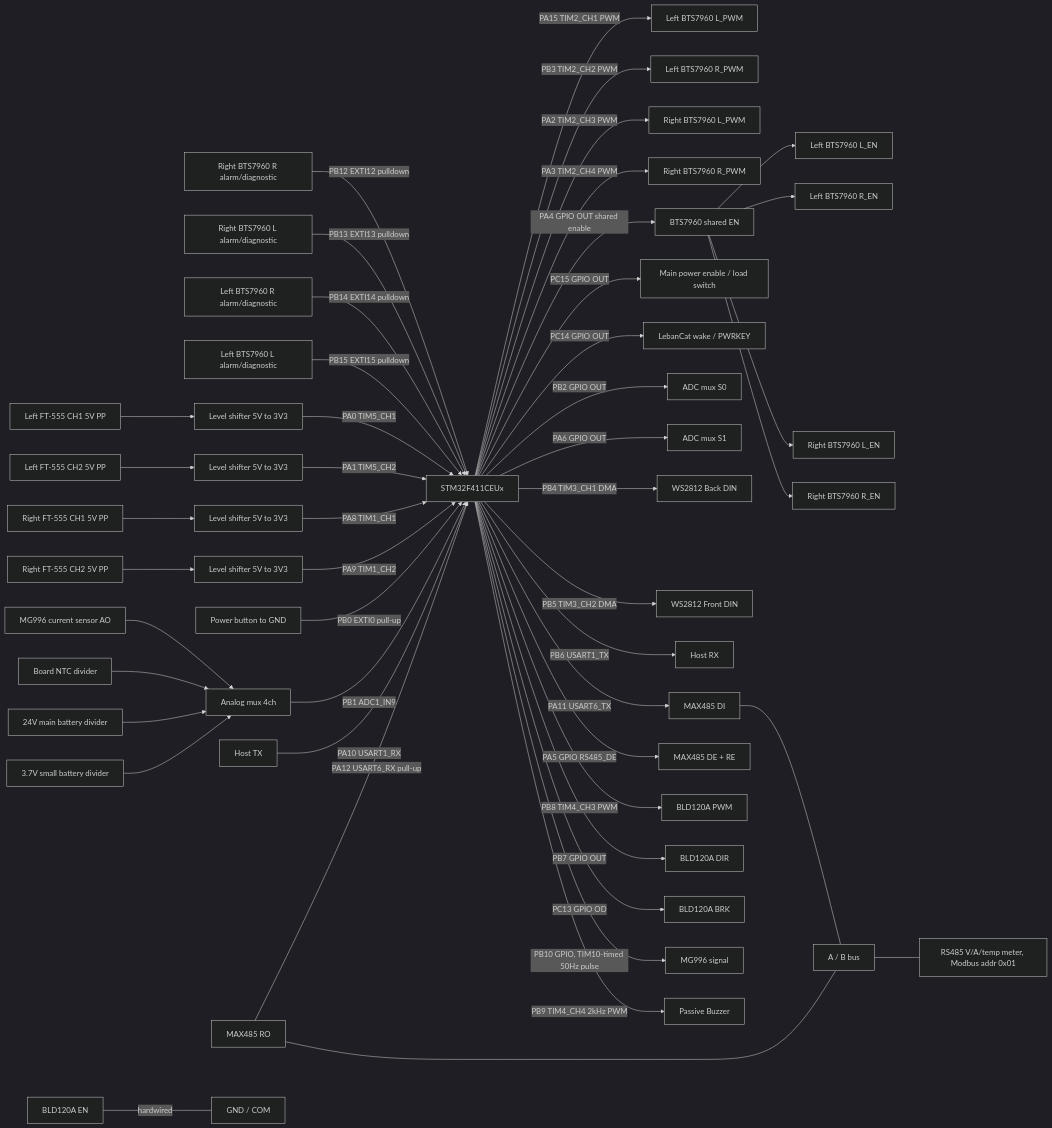
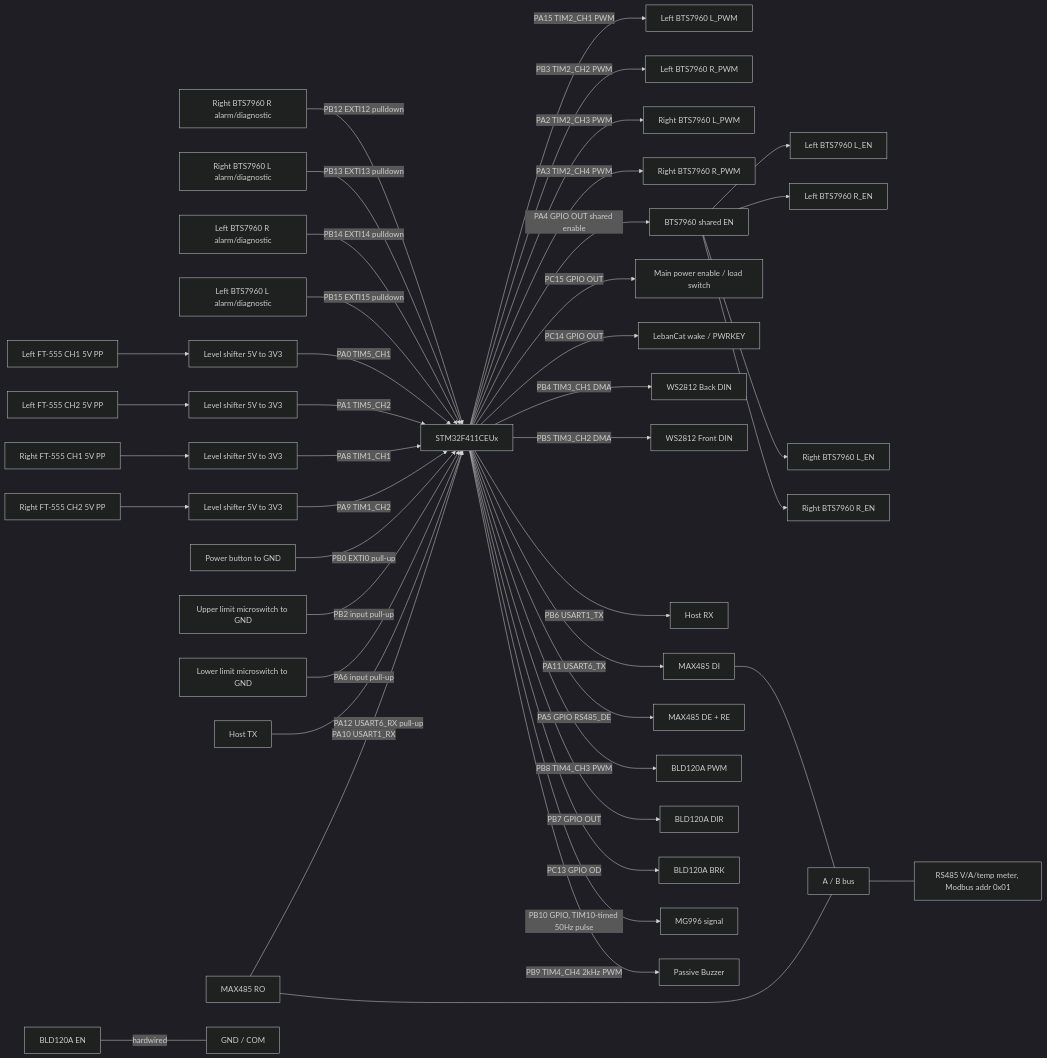
The diagram in firmware/wire.md (edwards414/mower_path_planning), drawn with Mermaid (dark theme) before and after one commit. The commit also changed other lines of this file and 36 other files, not shown here.

````diff
--- a/firmware/wire.md
+++ b/firmware/wire.md
@@ -57,61 +55,56 @@
 ```mermaid
 flowchart LR
   STM32[STM32F411CEUx]
 
   STM32 -->|PA15 TIM2_CH1 PWM| L_BTS_LPWM[Left BTS7960 L_PWM]
   STM32 -->|PB3 TIM2_CH2 PWM| L_BTS_RPWM[Left BTS7960 R_PWM]
   STM32 -->|PA2 TIM2_CH3 PWM| R_BTS_LPWM[Right BTS7960 L_PWM]
   STM32 -->|PA3 TIM2_CH4 PWM| R_BTS_RPWM[Right BTS7960 R_PWM]
 
   STM32 -->|PA4 GPIO OUT shared enable| BTS_EN[BTS7960 shared EN]
   BTS_EN --> L_BTS_LEN[Left BTS7960 L_EN]
   BTS_EN --> L_BTS_REN[Left BTS7960 R_EN]
   BTS_EN --> R_BTS_LEN[Right BTS7960 L_EN]
   BTS_EN --> R_BTS_REN[Right BTS7960 R_EN]
 
   R_BTS_RALM[Right BTS7960 R alarm/diagnostic] -->|PB12 EXTI12 pulldown| STM32
   R_BTS_LALM[Right BTS7960 L alarm/diagnostic] -->|PB13 EXTI13 pulldown| STM32
   L_BTS_RALM[Left BTS7960 R alarm/diagnostic] -->|PB14 EXTI14 pulldown| STM32
   L_BTS_LALM[Left BTS7960 L alarm/diagnostic] -->|PB15 EXTI15 pulldown| STM32
 
   FT555_L1[Left FT-555 CH1 5V PP] --> L_LVL1[Level shifter 5V to 3V3]
   FT555_L2[Left FT-555 CH2 5V PP] --> L_LVL2[Level shifter 5V to 3V3]
   FT555_R1[Right FT-555 CH1 5V PP] --> R_LVL1[Level shifter 5V to 3V3]
   FT555_R2[Right FT-555 CH2 5V PP] --> R_LVL2[Level shifter 5V to 3V3]
   L_LVL1 -->|PA0 TIM5_CH1| STM32
   L_LVL2 -->|PA1 TIM5_CH2| STM32
   R_LVL1 -->|PA8 TIM1_CH1| STM32
   R_LVL2 -->|PA9 TIM1_CH2| STM32
 
   PWR_BTN[Power button to GND] -->|PB0 EXTI0 pull-up| STM32
   STM32 -->|PC15 GPIO OUT| MAIN_PWR_EN[Main power enable / load switch]
   STM32 -->|PC14 GPIO OUT| LEBANCAT_WAKE[LebanCat wake / PWRKEY]
 
-  STM32 -->|PB2 GPIO OUT| ADC_MUX_S0[ADC mux S0]
-  STM32 -->|PA6 GPIO OUT| ADC_MUX_S1[ADC mux S1]
-  CURRENT_SENSOR[MG996 current sensor AO] --> ADC_MUX[Analog mux 4ch]
-  BOARD_NTC[Board NTC divider] --> ADC_MUX
-  MAIN_BAT[24V main battery divider] --> ADC_MUX
-  AON_BAT[3.7V small battery divider] --> ADC_MUX
-  ADC_MUX -->|PB1 ADC1_IN9| STM32
+  LIMIT_UP[Upper limit microswitch to GND] -->|PB2 input pull-up| STM32
+  LIMIT_DN[Lower limit microswitch to GND] -->|PA6 input pull-up| STM32
 
   STM32 -->|PB4 TIM3_CH1 DMA| LED_BACK[WS2812 Back DIN]
   STM32 -->|PB5 TIM3_CH2 DMA| LED_FRONT[WS2812 Front DIN]
 
   STM32 -->|PB6 USART1_TX| HOST_RX[Host RX]
   HOST_TX[Host TX] -->|PA10 USART1_RX| STM32
 
   STM32 -->|PA11 USART6_TX| MAX485_DI[MAX485 DI]
   MAX485_RO[MAX485 RO] -->|PA12 USART6_RX pull-up| STM32
   STM32 -->|PA5 GPIO RS485_DE| MAX485_DE[MAX485 DE + RE]
   MAX485_DI --- RS485_AB[A / B bus]
   MAX485_RO --- RS485_AB
   RS485_AB --- CHARGER[RS485 V/A/temp meter, Modbus addr 0x01]
 
   STM32 -->|PB8 TIM4_CH3 PWM| BLD120A_PWM[BLD120A PWM]
   STM32 -->|PB7 GPIO OUT| BLD120A_DIR[BLD120A DIR]
   STM32 -->|PC13 GPIO OD| BLD120A_BRK[BLD120A BRK]
   BLD120A_EN[BLD120A EN] ---|hardwired| GND_BLD[GND / COM]
   STM32 -->|PB10 GPIO, TIM10-timed 50Hz pulse| MG996_SIG[MG996 signal]
   STM32 -->|PB9 TIM4_CH4 2kHz PWM| BUZZER[Passive Buzzer]
 ```
````
